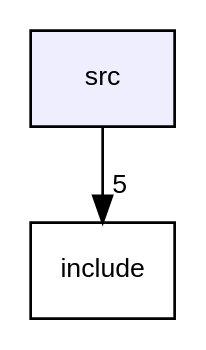
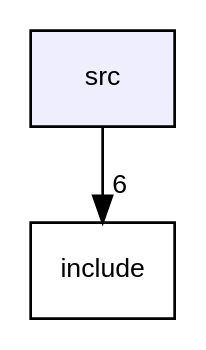
One commit to Alexmnzlms/panorama_extended changed the diagram in dir_68267d1309a1af8e8297ef4c3efbcdba_dep.dot. Above: the diagram before and after it, drawn with Graphviz. The commit also changed 30 other files, not shown here.

```diff
--- a/dir_68267d1309a1af8e8297ef4c3efbcdba_dep.dot
+++ b/dir_68267d1309a1af8e8297ef4c3efbcdba_dep.dot
@@ -1,8 +1,8 @@
 digraph "src" {
   compound=true
   node [ fontsize="10", fontname="Helvetica"];
   edge [ labelfontsize="10", labelfontname="Helvetica"];
   dir_68267d1309a1af8e8297ef4c3efbcdba [shape=box, label="src", style="filled", fillcolor="#eeeeff", pencolor="black", URL="dir_68267d1309a1af8e8297ef4c3efbcdba.html"];
   dir_d44c64559bbebec7f509842c48db8b23 [shape=box label="include" URL="dir_d44c64559bbebec7f509842c48db8b23.html"];
-  dir_68267d1309a1af8e8297ef4c3efbcdba->dir_d44c64559bbebec7f509842c48db8b23 [headlabel="5", labeldistance=1.5 headhref="dir_000002_000001.html"];
+  dir_68267d1309a1af8e8297ef4c3efbcdba->dir_d44c64559bbebec7f509842c48db8b23 [headlabel="6", labeldistance=1.5 headhref="dir_000002_000001.html"];
 }
```
